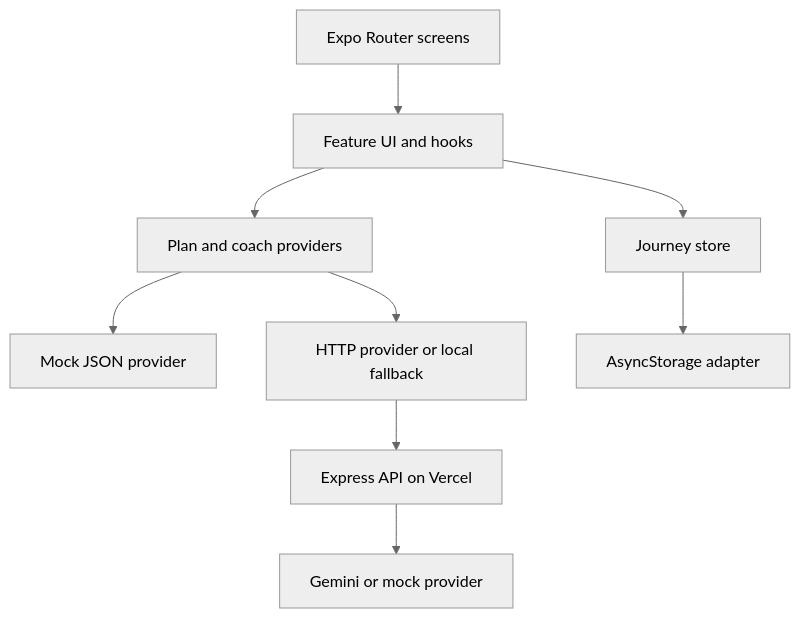
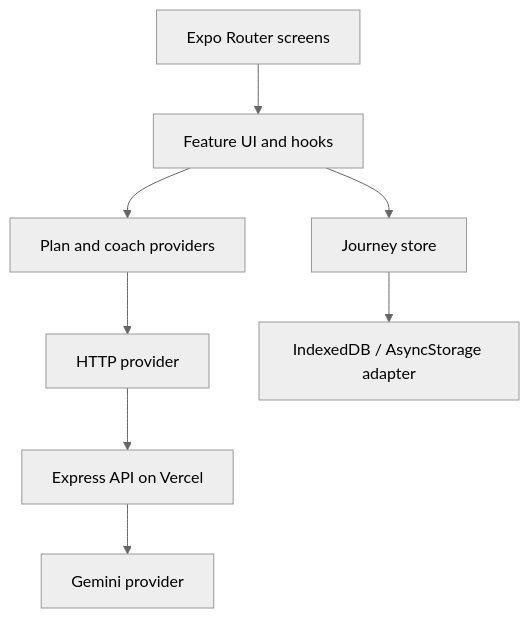
The diagram in docs/ARCHITECTURE.md (omkarborude/skillpilot-ai), drawn with Mermaid (neutral theme) before and after one commit. The commit also changed other lines of this file and 42 other files, not shown here.

Commit message:
feat: connect production learning flows

````diff
--- a/docs/ARCHITECTURE.md
+++ b/docs/ARCHITECTURE.md
@@ -23,11 +23,10 @@
 ```mermaid
 flowchart TD
     R["Expo Router screens"] --> F["Feature UI and hooks"]
     F --> S["Journey store"]
     F --> P["Plan and coach providers"]
-    P --> M["Mock JSON provider"]
-    P --> H["HTTP provider or local fallback"]
+    P --> H["HTTP provider"]
     H --> B["Express API on Vercel"]
-    B --> G["Gemini or mock provider"]
-    S --> A["AsyncStorage adapter"]
+    B --> G["Gemini provider"]
+    S --> A["IndexedDB / AsyncStorage adapter"]
 ```
````
